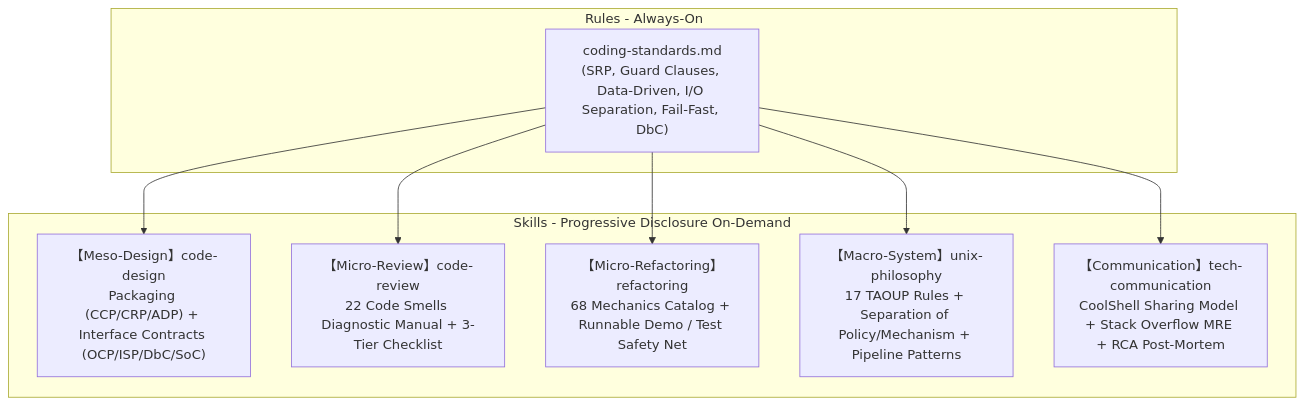
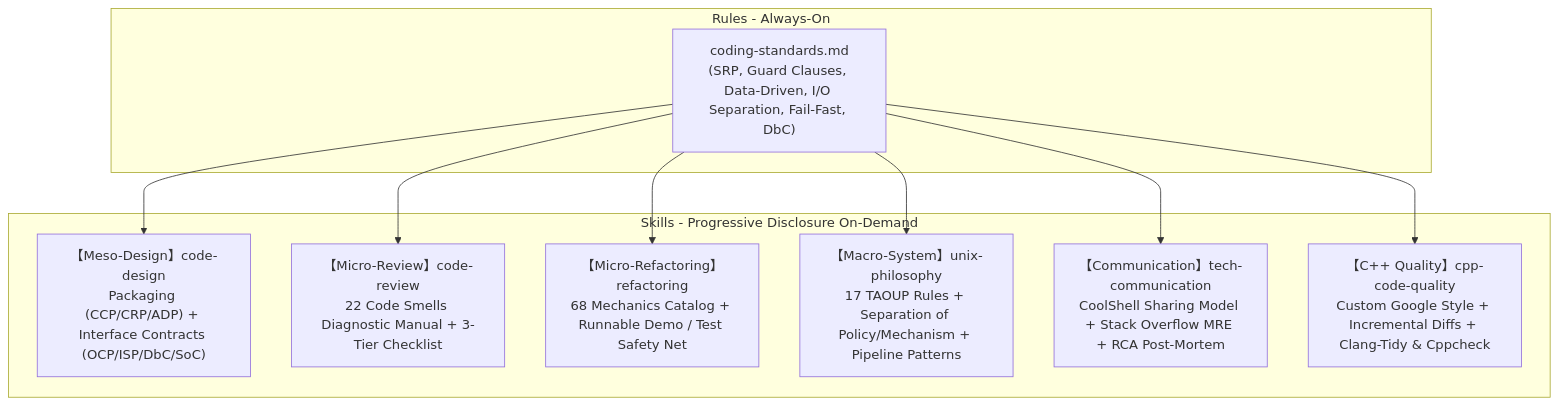
The diagram in README_EN.md (lilucpp/code-craft), drawn with Mermaid before and after one commit. The commit also changed other lines of this file and 12 other files, not shown here.

Commit message:
feat: add cpp-code-quality skill, tooling checks, and clang configurations

````diff
--- a/README_EN.md
+++ b/README_EN.md
@@ -26,20 +26,22 @@
 ```mermaid
 flowchart TD
     subgraph Global Baseline Rules [Rules - Always-On]
         R["coding-standards.md<br/>(SRP, Guard Clauses, Data-Driven, I/O Separation, Fail-Fast, DbC)"]
     end
 
     subgraph Specialized Skills Matrix [Skills - Progressive Disclosure On-Demand]
         S1["【Meso-Design】code-design<br/>Packaging (CCP/CRP/ADP) + Interface Contracts (OCP/ISP/DbC/SoC)"]
         S2["【Micro-Review】code-review<br/>22 Code Smells Diagnostic Manual + 3-Tier Checklist"]
         S3["【Micro-Refactoring】refactoring<br/>68 Mechanics Catalog + Runnable Demo / Test Safety Net"]
         S4["【Macro-System】unix-philosophy<br/>17 TAOUP Rules + Separation of Policy/Mechanism + Pipeline Patterns"]
         S5["【Communication】tech-communication<br/>CoolShell Sharing Model + Stack Overflow MRE + RCA Post-Mortem"]
+        S6["【C++ Quality】cpp-code-quality<br/>Custom Google Style + Incremental Diffs + Clang-Tidy & Cppcheck"]
     end
 
     R --> S1
     R --> S2
     R --> S3
     R --> S4
     R --> S5
+    R --> S6
 ```
````
